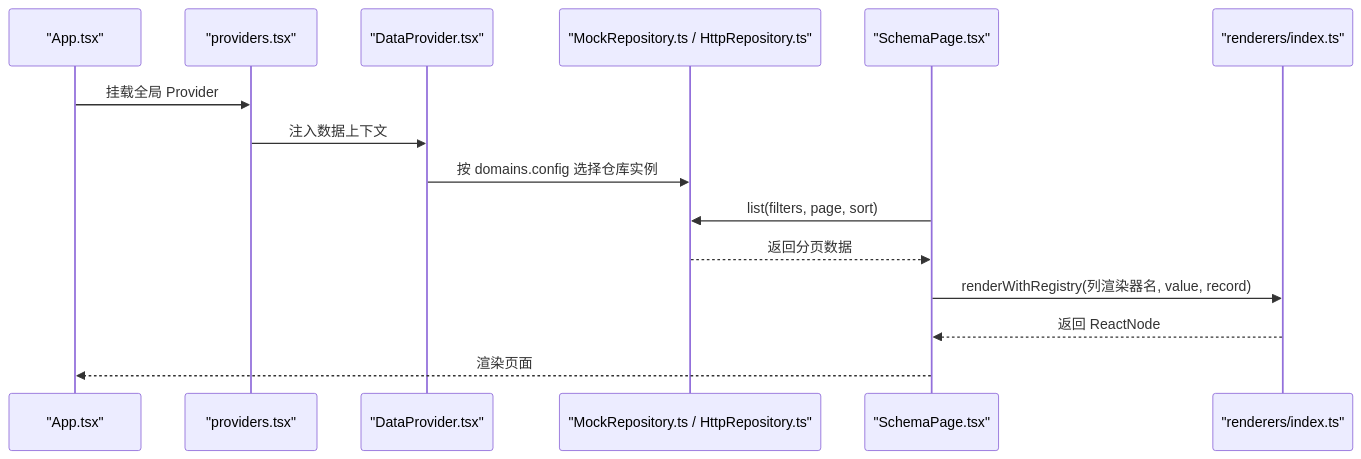
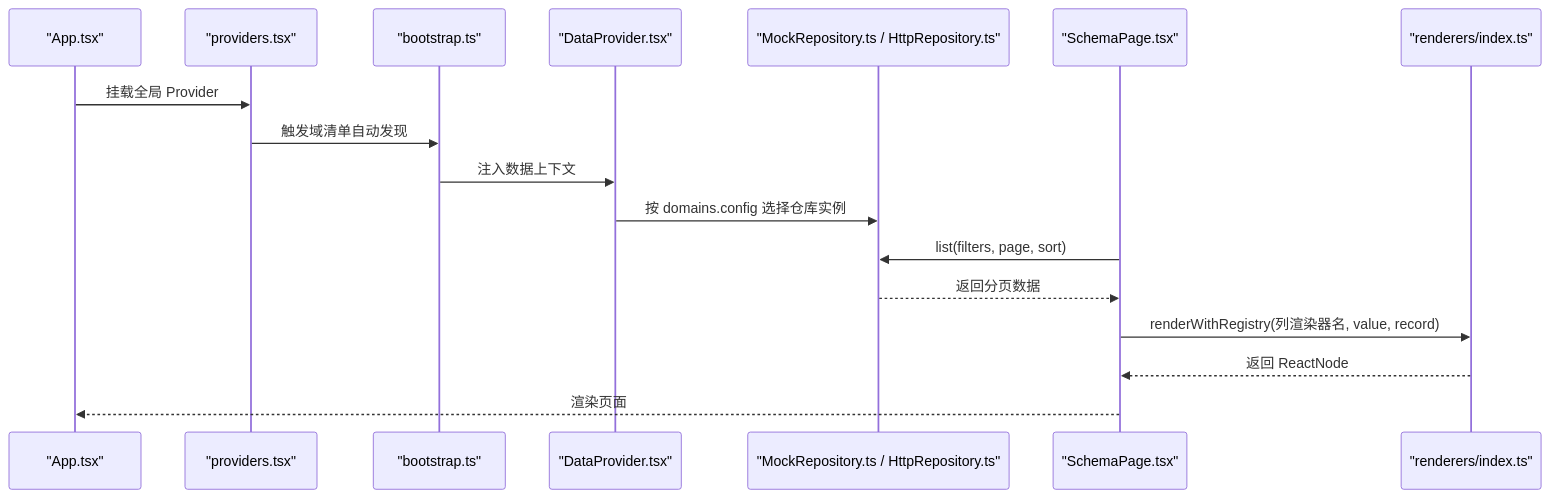
The second of 7 diagrams in .qoder/repowiki/zh/content/开发指南/开发指南.md (Seiano/hj-admin), drawn with Mermaid before and after one commit. The commit also changed other lines of this file and 13 other files, not shown here.

````diff
--- a/.qoder/repowiki/zh/content/开发指南/开发指南.md
+++ b/.qoder/repowiki/zh/content/开发指南/开发指南.md
@@ -135,17 +171,19 @@
 ```mermaid
 sequenceDiagram
 participant App as "App.tsx"
 participant Prov as "providers.tsx"
+participant Boot as "bootstrap.ts"
 participant DP as "DataProvider.tsx"
 participant Repo as "MockRepository.ts / HttpRepository.ts"
 participant SP as "SchemaPage.tsx"
 participant Ren as "renderers/index.ts"
 App->>Prov : 挂载全局 Provider
-Prov->>DP : 注入数据上下文
+Prov->>Boot : 触发域清单自动发现
+Boot->>DP : 注入数据上下文
 DP->>Repo : 按 domains.config 选择仓库实例
 SP->>Repo : list(filters, page, sort)
 Repo-->>SP : 返回分页数据
 SP->>Ren : renderWithRegistry(列渲染器名, value, record)
 Ren-->>SP : 返回 ReactNode
 SP-->>App : 渲染页面
 ```
````
